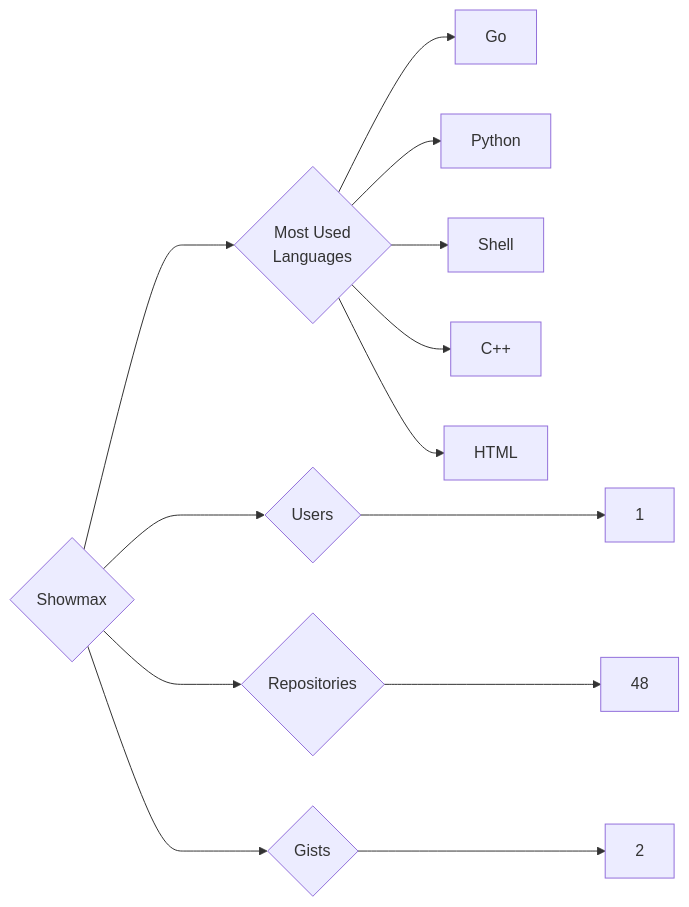
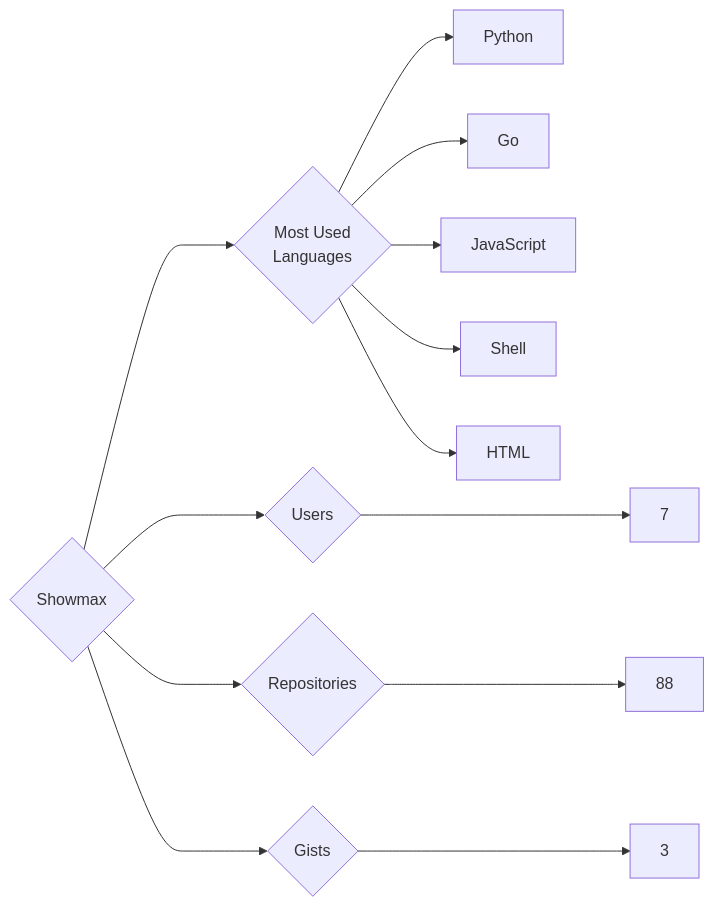
One commit to trickest/insiders changed the diagram in targets/Showmax/README.md. Above: the diagram before and after it, drawn with Mermaid. The commit also changed 1696 other files, not shown here.

````diff
--- a/targets/Showmax/README.md
+++ b/targets/Showmax/README.md
@@ -3,13 +3,13 @@
 ```mermaid
 graph LR
 COMPANY_NAME{Showmax}
-COMPANY_NAME ---> U{Users} ---> UN[1]
-COMPANY_NAME ---> R{Repositories} ---> RN[48]
-COMPANY_NAME ---> G{Gists} ---> GN[2]
+COMPANY_NAME ---> U{Users} ---> UN[7]
+COMPANY_NAME ---> R{Repositories} ---> RN[88]
+COMPANY_NAME ---> G{Gists} ---> GN[3]
 COMPANY_NAME ---> ML{Most Used<br>Languages}
+ML --> Python[Python]
 ML --> Go[Go]
-ML --> Python[Python]
+ML --> JavaScript[JavaScript]
 ML --> Shell[Shell]
-ML --> C++[C++]
 ML --> HTML[HTML]
 ```
````
